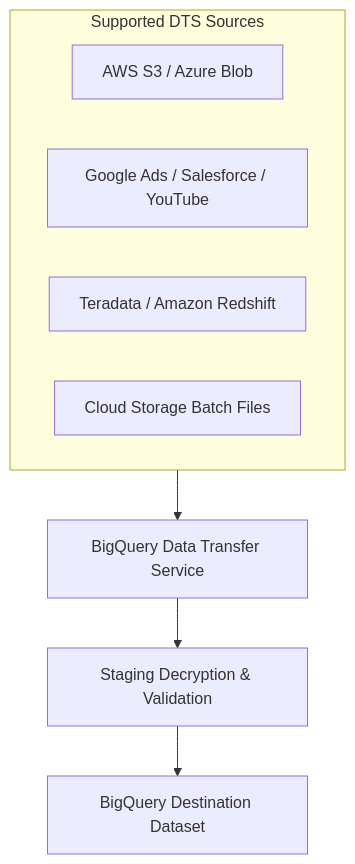
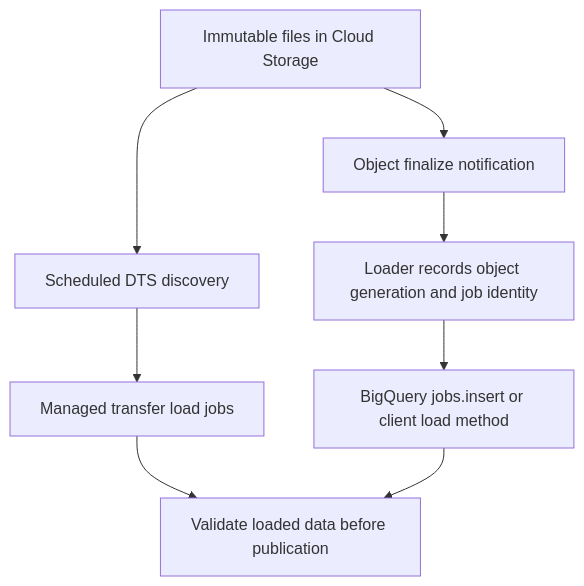
Before and after one commit to Rohit1024/data-engineer: the diagram in docs/lessons/0008-bigquery-data-transfer-service-gcs-notifications.md, drawn with Mermaid. The commit also changed other lines of this file and 60 other files, not shown here.

````diff
--- a/docs/lessons/0008-bigquery-data-transfer-service-gcs-notifications.md
+++ b/docs/lessons/0008-bigquery-data-transfer-service-gcs-notifications.md
@@ -15,13 +11,10 @@
-``` mermaid
+```mermaid
 flowchart TD
-    subgraph Sources["Supported DTS Sources"]
-        S3["AWS S3 / Azure Blob"]
-        SaaS["Google Ads / Salesforce / YouTube"]
-        DW["Teradata / Amazon Redshift"]
-        GCS["Cloud Storage Batch Files"]
-    end
-
-    Sources --> DTSEngine["BigQuery Data Transfer Service"]
-    DTSEngine --> Stage["Staging Decryption & Validation"]
-    Stage --> BQTarget["BigQuery Destination Dataset"]
+    A["Immutable files in Cloud Storage"] --> B["Scheduled DTS discovery"]
+    A --> C["Object finalize notification"]
+    B --> D["Managed transfer load jobs"]
+    C --> E["Loader records object generation and job identity"]
+    E --> F["BigQuery jobs.insert or client load method"]
+    D --> G["Validate loaded data before publication"]
+    F --> G
 ```
````
